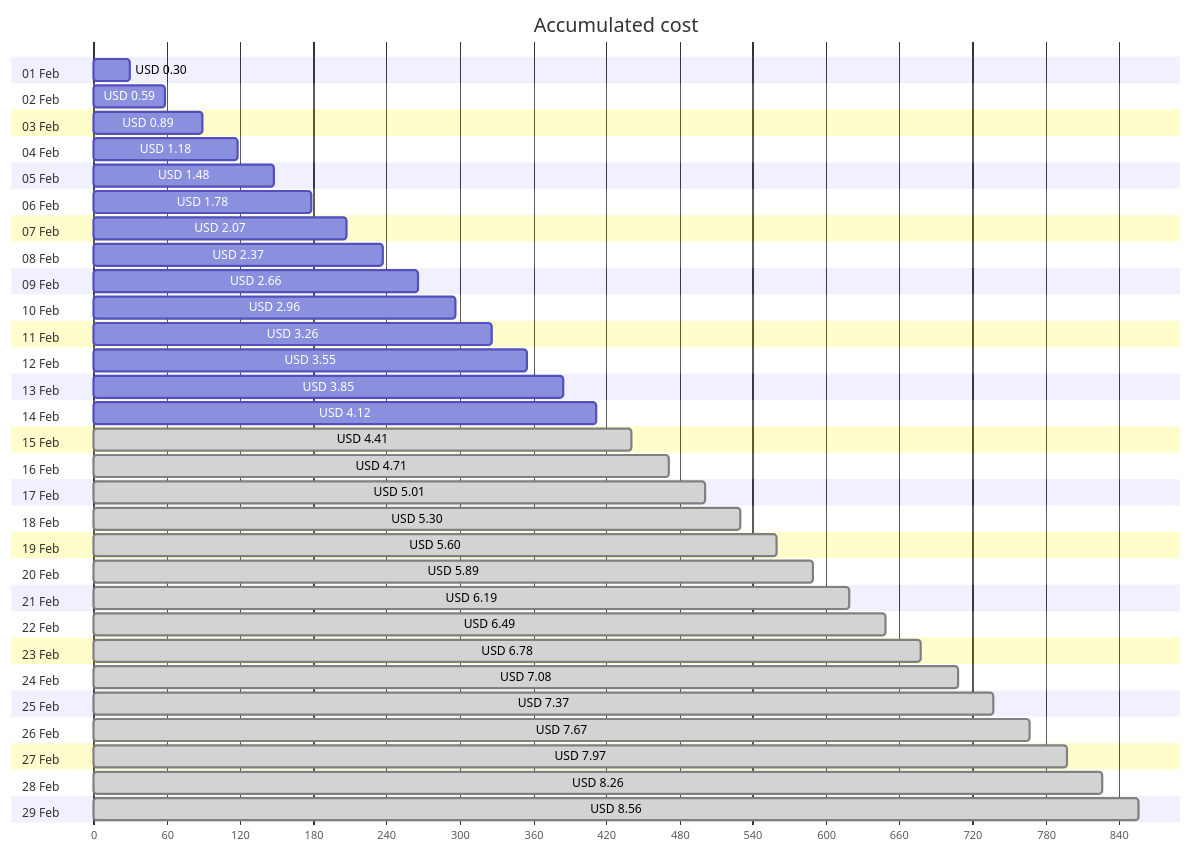
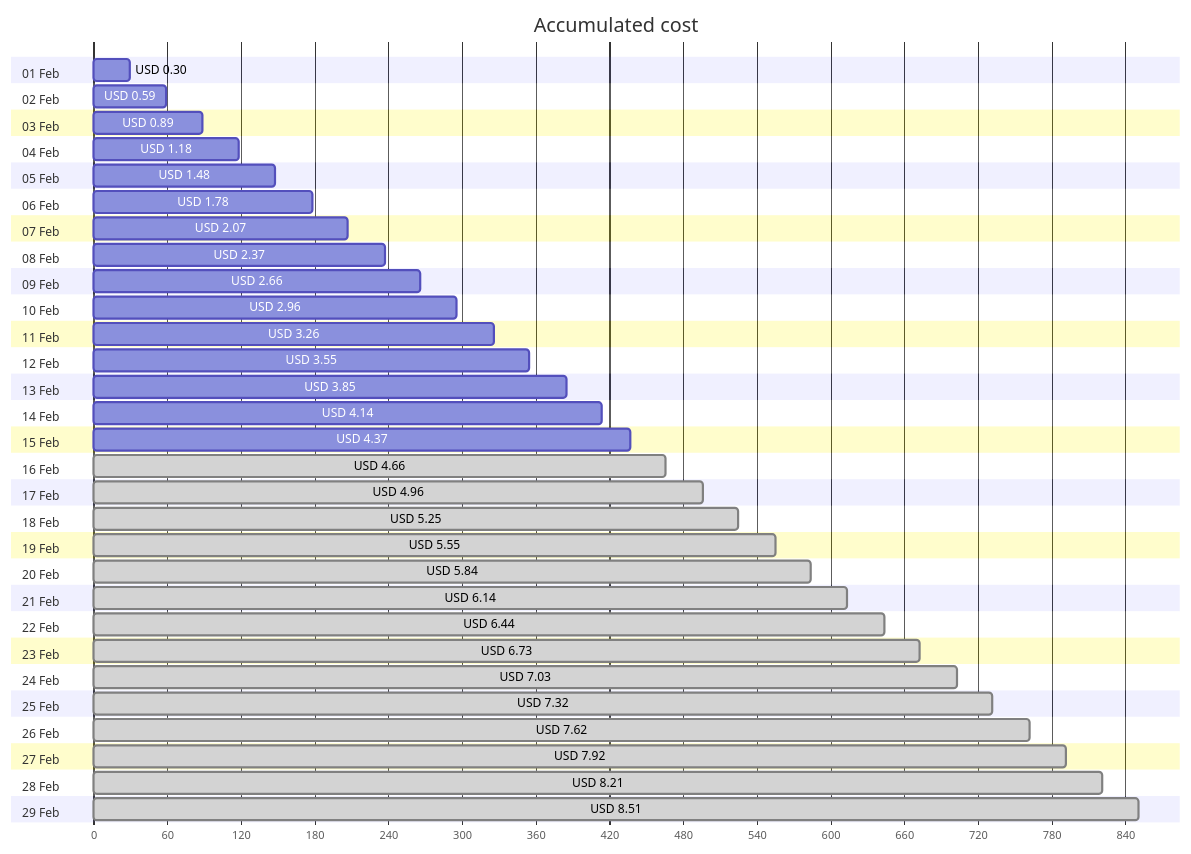
One commit to jpfulton/azure-personal-reports changed the first of 4 diagrams in cost-reports/personal-site/personal-site-preview.md. Above: the diagram before and after it, drawn with Mermaid. The commit also changed other lines of this file and 6 other files, not shown here.

````diff
--- a/cost-reports/personal-site/personal-site-preview.md
+++ b/cost-reports/personal-site/personal-site-preview.md
@@ -20,64 +20,64 @@
 ```mermaid
 gantt
    title Accumulated cost
    dateFormat  X
    axisFormat %s
    section 01 Feb
    USD 0.30 :0, 30
    section 02 Feb
    USD 0.59 :0, 59
    section 03 Feb
    USD 0.89 :0, 89
    section 04 Feb
    USD 1.18 :0, 118
    section 05 Feb
    USD 1.48 :0, 148
    section 06 Feb
    USD 1.78 :0, 178
    section 07 Feb
    USD 2.07 :0, 207
    section 08 Feb
    USD 2.37 :0, 237
    section 09 Feb
    USD 2.66 :0, 266
    section 10 Feb
    USD 2.96 :0, 296
    section 11 Feb
    USD 3.26 :0, 326
    section 12 Feb
    USD 3.55 :0, 355
    section 13 Feb
    USD 3.85 :0, 385
    section 14 Feb
-   USD 4.12 :0, 412
+   USD 4.14 :0, 414
    section 15 Feb
-   USD 4.41 : done, 0, 441
+   USD 4.37 :0, 437
    section 16 Feb
-   USD 4.71 : done, 0, 471
+   USD 4.66 : done, 0, 466
    section 17 Feb
-   USD 5.01 : done, 0, 501
+   USD 4.96 : done, 0, 496
    section 18 Feb
-   USD 5.30 : done, 0, 530
+   USD 5.25 : done, 0, 525
    section 19 Feb
-   USD 5.60 : done, 0, 560
+   USD 5.55 : done, 0, 555
    section 20 Feb
-   USD 5.89 : done, 0, 589
+   USD 5.84 : done, 0, 584
    section 21 Feb
-   USD 6.19 : done, 0, 619
+   USD 6.14 : done, 0, 614
    section 22 Feb
-   USD 6.49 : done, 0, 649
+   USD 6.44 : done, 0, 644
    section 23 Feb
-   USD 6.78 : done, 0, 678
+   USD 6.73 : done, 0, 673
    section 24 Feb
-   USD 7.08 : done, 0, 708
+   USD 7.03 : done, 0, 703
    section 25 Feb
-   USD 7.37 : done, 0, 737
+   USD 7.32 : done, 0, 732
    section 26 Feb
-   USD 7.67 : done, 0, 767
+   USD 7.62 : done, 0, 762
    section 27 Feb
-   USD 7.97 : done, 0, 797
+   USD 7.92 : done, 0, 792
    section 28 Feb
-   USD 8.26 : done, 0, 826
+   USD 8.21 : done, 0, 821
    section 29 Feb
-   USD 8.56 : done, 0, 856
+   USD 8.51 : done, 0, 851
 ```
````
